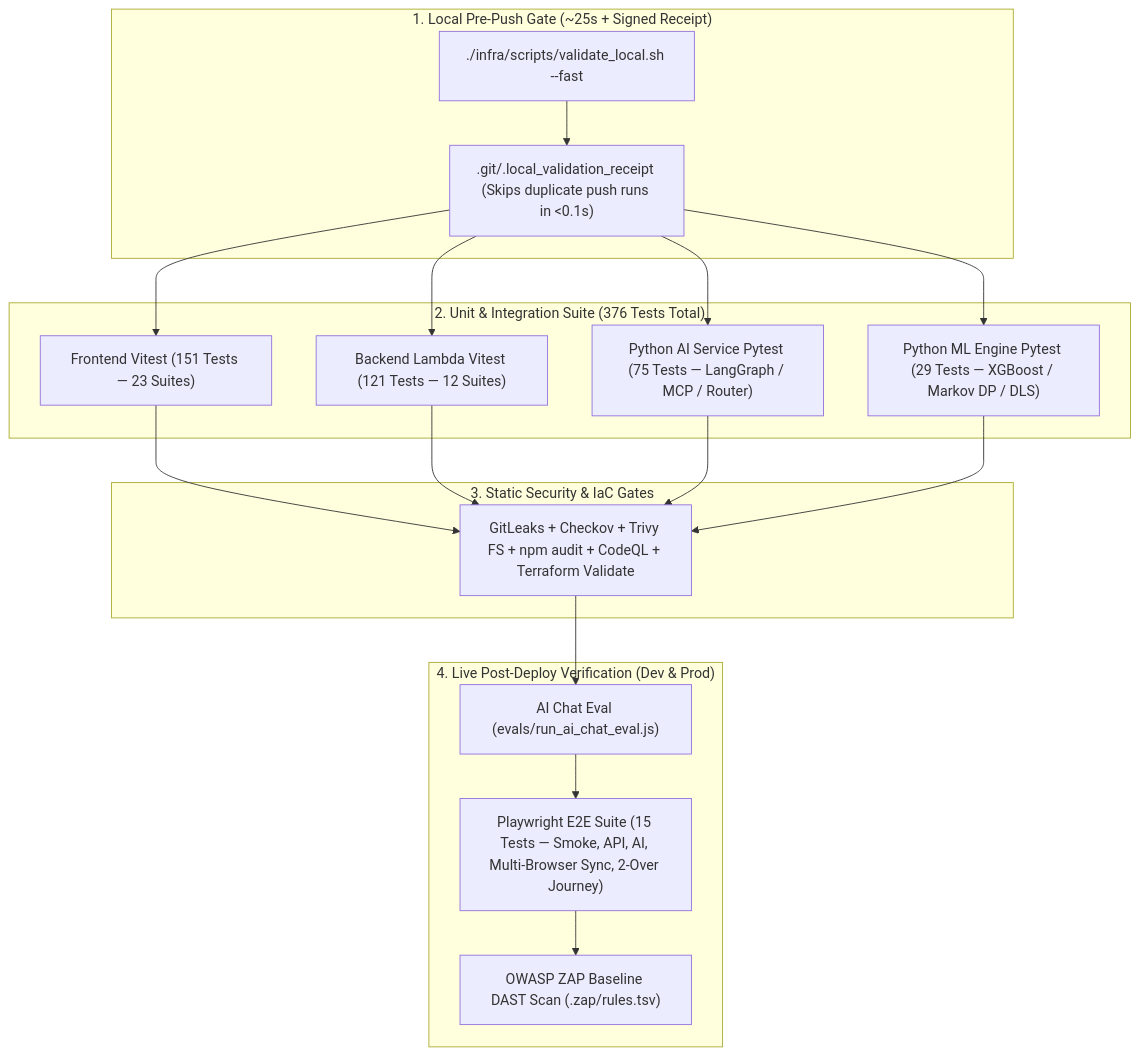
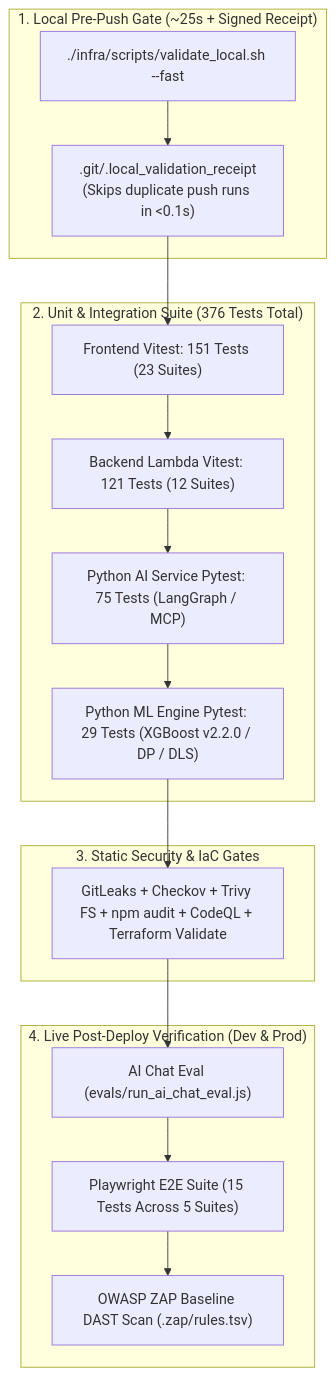
One commit to venkatesh-singamsetty/cricscore changed the diagram in docs/testing.md. Above: the diagram before and after it, drawn with Mermaid. The commit also changed other lines of this file and 43 other files, not shown here.

````diff
--- a/docs/testing.md
+++ b/docs/testing.md
@@ -9,26 +9,31 @@
 ```mermaid
-flowchart TB
+flowchart TD
     subgraph LocalGate ["1. Local Pre-Push Gate (~25s + Signed Receipt)"]
         FastCmd["./infra/scripts/validate_local.sh --fast"]
-        Receipt[".git/.local_validation_receipt (Skips duplicate push runs in <0.1s)"]
+        Receipt[".git/.local_validation_receipt\n(Skips duplicate push runs in <0.1s)"]
+        FastCmd --> Receipt
     end
 
     subgraph UnitIntegration ["2. Unit & Integration Suite (376 Tests Total)"]
-        FE["Frontend Vitest (151 Tests — 23 Suites)"]
-        BE["Backend Lambda Vitest (121 Tests — 12 Suites)"]
-        AI["Python AI Service Pytest (75 Tests — LangGraph / MCP / Router)"]
-        ML["Python ML Engine Pytest (29 Tests — XGBoost / Markov DP / DLS)"]
+        FE["Frontend Vitest: 151 Tests (23 Suites)"]
+        BE["Backend Lambda Vitest: 121 Tests (12 Suites)"]
+        AI["Python AI Service Pytest: 75 Tests (LangGraph / MCP)"]
+        ML["Python ML Engine Pytest: 29 Tests (XGBoost v2.2.0 / DP / DLS)"]
+        FE --> BE --> AI --> ML
     end
 
     subgraph SecurityIaC ["3. Static Security & IaC Gates"]
         Sec["GitLeaks + Checkov + Trivy FS + npm audit + CodeQL + Terraform Validate"]
     end
 
     subgraph LivePostDeploy ["4. Live Post-Deploy Verification (Dev & Prod)"]
         AIEval["AI Chat Eval (evals/run_ai_chat_eval.js)"]
-        E2E["Playwright E2E Suite (15 Tests — Smoke, API, AI, Multi-Browser Sync, 2-Over Journey)"]
+        E2E["Playwright E2E Suite (15 Tests Across 5 Suites)"]
         ZAP["OWASP ZAP Baseline DAST Scan (.zap/rules.tsv)"]
+        AIEval --> E2E --> ZAP
     end
 
-    FastCmd --> Receipt --> FE & BE & AI & ML --> Sec --> AIEval --> E2E --> ZAP
+    Receipt --> FE
+    ML --> Sec
+    Sec --> AIEval
 ```
````
